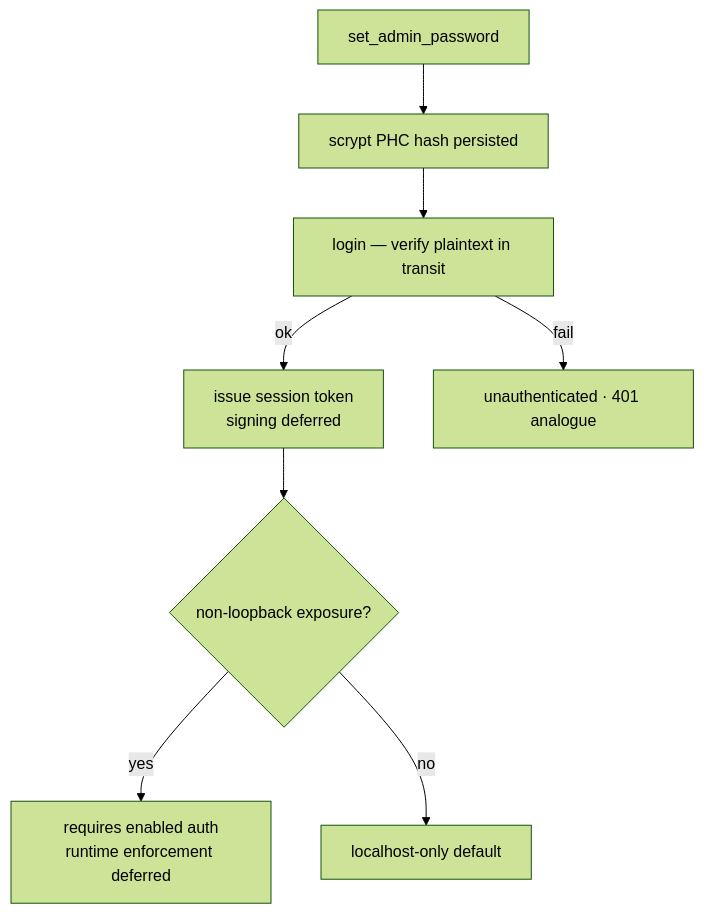
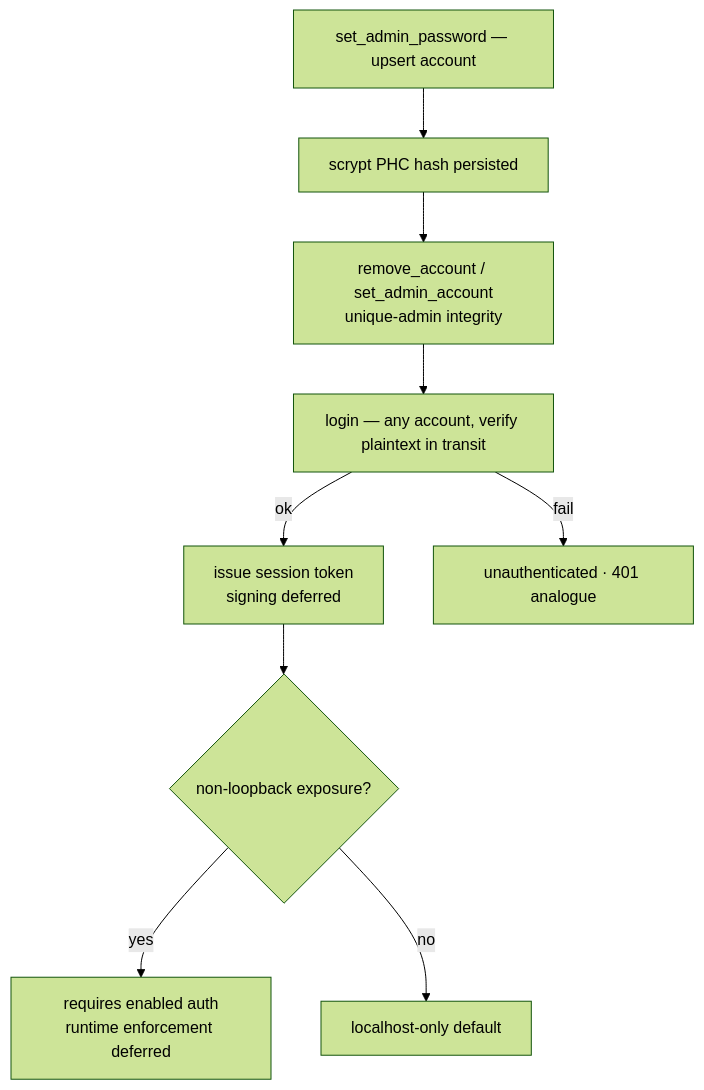
One commit to sequencestream/c3 changed the diagram in specs/flows/flow-auth-login.md. Above: the diagram before and after it, drawn with Mermaid (forest theme). The commit also changed other lines of this file and 27 other files, not shown here.

````diff
--- a/specs/flows/flow-auth-login.md
+++ b/specs/flows/flow-auth-login.md
@@ -17,10 +17,11 @@
 ```mermaid
 flowchart TD
-    CFG[set_admin_password] --> HASH[scrypt PHC hash persisted]
-    HASH --> LOGIN[login — verify plaintext in transit]
+    CFG[set_admin_password — upsert account] --> HASH[scrypt PHC hash persisted]
+    HASH --> ADM[remove_account / set_admin_account<br/>unique-admin integrity]
+    ADM --> LOGIN[login — any account, verify plaintext in transit]
     LOGIN -- ok --> TOK[issue session token<br/>signing deferred]
     LOGIN -- fail --> UA[unauthenticated · 401 analogue]
     TOK --> EXP{non-loopback exposure?}
     EXP -- yes --> NEED[requires enabled auth<br/>runtime enforcement deferred]
     EXP -- no --> LOOP[localhost-only default]
 ```
````
